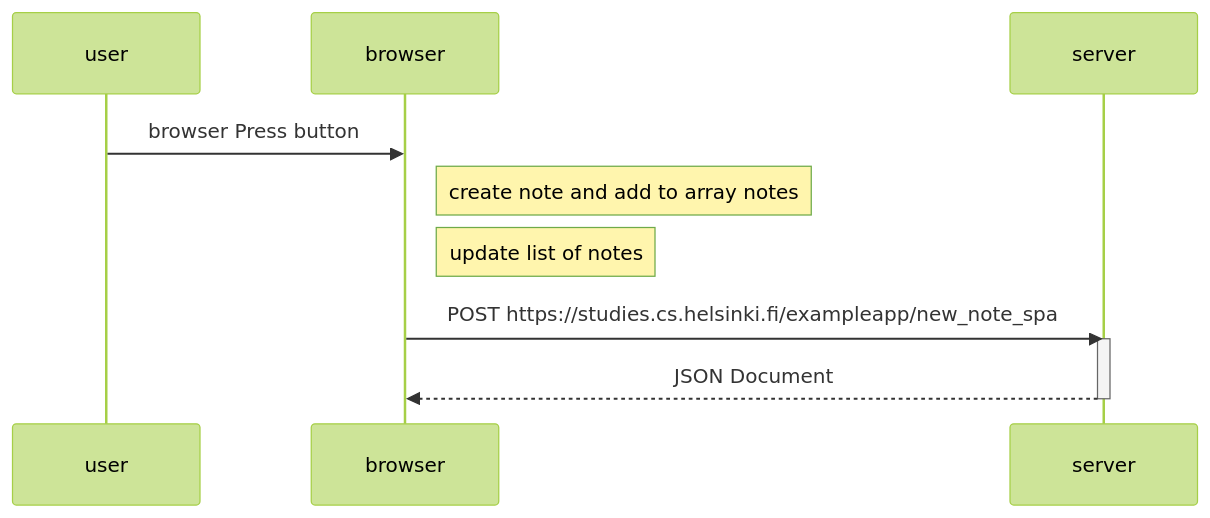
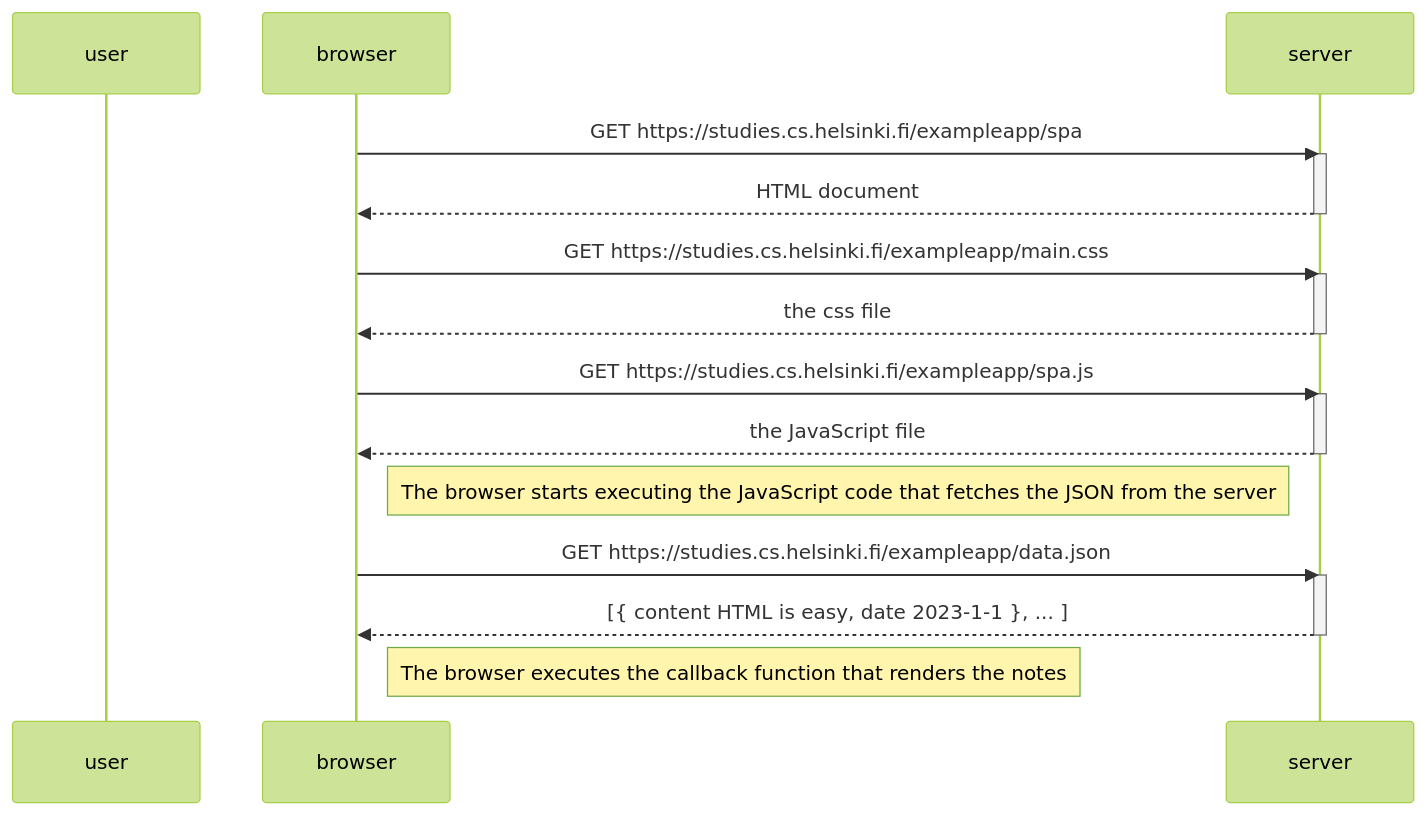
One commit to FullanaJ/OpenFullStack changed the diagram in Part0/0.5/diagram.md. Above: the diagram before and after it, drawn with Mermaid (forest theme). The commit also changed 1 other file, not shown here.

Commit message:
New exc and fixes

````diff
--- a/Part0/0.5/diagram.md
+++ b/Part0/0.5/diagram.md
@@ -1,15 +1,30 @@
 ```mermaid
 sequenceDiagram
     participant user
     participant browser
     participant server
    
-    user->>browser:browser Press button
-     Note right of browser: create note and add to array notes
-     Note right of browser: update list of notes
-    browser->>server: POST https://studies.cs.helsinki.fi/exampleapp/new_note_spa
+    browser->>server: GET      https://studies.cs.helsinki.fi/exampleapp/spa
     activate server
-    server-->>browser: JSON Document
+    server-->>browser: HTML document
     deactivate server
 
+    browser->>server: GET  https://studies.cs.helsinki.fi/exampleapp/main.css
+    activate server
+    server-->>browser: the css file
+    deactivate server
+
+    browser->>server: GET  https://studies.cs.helsinki.fi/exampleapp/spa.js
+    activate server
+    server-->>browser: the JavaScript file
+    deactivate server
+
+    Note right of browser: The browser starts executing the JavaScript code that fetches the JSON from the server
+
+    browser->>server: GET  https://studies.cs.helsinki.fi/exampleapp/data.json
+    activate server
+    server-->>browser: [{ content HTML is easy, date 2023-1-1 }, ... ]
+    deactivate server
+
+    Note right of browser: The browser executes the callback function that renders the notes
 ```
````
